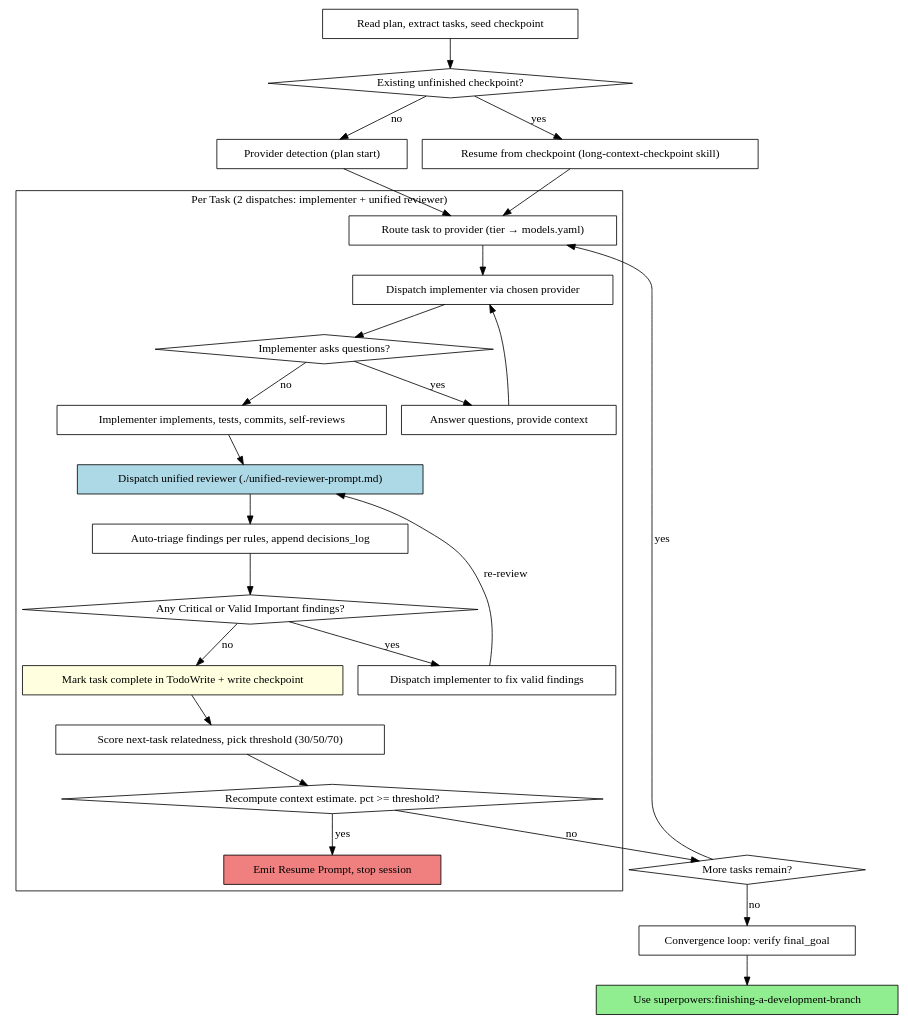
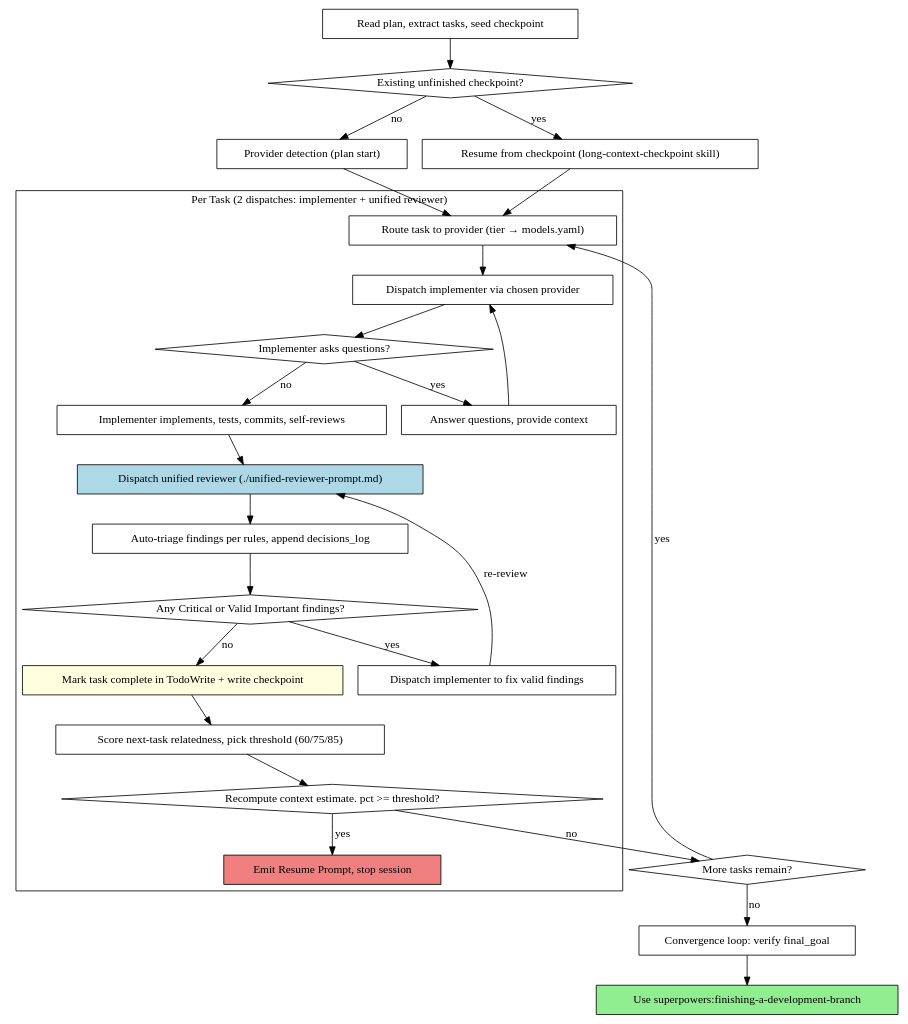
The second of 2 diagrams in skills/subagent-driven-development/SKILL.md (bmax121/superpowers), drawn with Graphviz before and after one commit. The commit also changed other lines of this file and 2 other files, not shown here.

First line of the commit message:
fix(long-context-checkpoint): stop over-reporting context pct and pausing every task

````diff
--- a/skills/subagent-driven-development/SKILL.md
+++ b/skills/subagent-driven-development/SKILL.md
@@ -44,55 +44,55 @@
 ```dot
 digraph process {
     rankdir=TB;
 
     subgraph cluster_per_task {
         label="Per Task (2 dispatches: implementer + unified reviewer)";
         "Route task to provider (tier → models.yaml)" [shape=box];
         "Dispatch implementer via chosen provider" [shape=box];
         "Implementer asks questions?" [shape=diamond];
         "Answer questions, provide context" [shape=box];
         "Implementer implements, tests, commits, self-reviews" [shape=box];
         "Dispatch unified reviewer (./unified-reviewer-prompt.md)" [shape=box style=filled fillcolor=lightblue];
         "Auto-triage findings per rules, append decisions_log" [shape=box];
         "Any Critical or Valid Important findings?" [shape=diamond];
         "Dispatch implementer to fix valid findings" [shape=box];
 
         "Mark task complete in TodoWrite + write checkpoint" [shape=box style=filled fillcolor=lightyellow];
-        "Score next-task relatedness, pick threshold (30/50/70)" [shape=box];
+        "Score next-task relatedness, pick threshold (60/75/85)" [shape=box];
         "Recompute context estimate. pct >= threshold?" [shape=diamond];
         "Emit Resume Prompt, stop session" [shape=box style=filled fillcolor=lightcoral];
     }
 
     "Provider detection (plan start)" [shape=box];
     "Read plan, extract tasks, seed checkpoint" [shape=box];
     "Existing unfinished checkpoint?" [shape=diamond];
     "Resume from checkpoint (long-context-checkpoint skill)" [shape=box];
     "More tasks remain?" [shape=diamond];
     "Convergence loop: verify final_goal" [shape=box];
     "Use superpowers:finishing-a-development-branch" [shape=box style=filled fillcolor=lightgreen];
 
     "Read plan, extract tasks, seed checkpoint" -> "Existing unfinished checkpoint?";
     "Existing unfinished checkpoint?" -> "Resume from checkpoint (long-context-checkpoint skill)" [label="yes"];
     "Existing unfinished checkpoint?" -> "Provider detection (plan start)" [label="no"];
     "Resume from checkpoint (long-context-checkpoint skill)" -> "Route task to provider (tier → models.yaml)";
     "Provider detection (plan start)" -> "Route task to provider (tier → models.yaml)";
     "Route task to provider (tier → models.yaml)" -> "Dispatch implementer via chosen provider";
     "Dispatch implementer via chosen provider" -> "Implementer asks questions?";
     "Implementer asks questions?" -> "Answer questions, provide context" [label="yes"];
     "Answer questions, provide context" -> "Dispatch implementer via chosen provider";
     "Implementer asks questions?" -> "Implementer implements, tests, commits, self-reviews" [label="no"];
     "Implementer implements, tests, commits, self-reviews" -> "Dispatch unified reviewer (./unified-reviewer-prompt.md)";
     "Dispatch unified reviewer (./unified-reviewer-prompt.md)" -> "Auto-triage findings per rules, append decisions_log";
     "Auto-triage findings per rules, append decisions_log" -> "Any Critical or Valid Important findings?";
     "Any Critical or Valid Important findings?" -> "Dispatch implementer to fix valid findings" [label="yes"];
     "Any Critical or Valid Important findings?" -> "Mark task complete in TodoWrite + write checkpoint" [label="no"];
     "Dispatch implementer to fix valid findings" -> "Dispatch unified reviewer (./unified-reviewer-prompt.md)" [label="re-review"];
-    "Mark task complete in TodoWrite + write checkpoint" -> "Score next-task relatedness, pick threshold (30/50/70)";
-    "Score next-task relatedness, pick threshold (30/50/70)" -> "Recompute context estimate. pct >= threshold?";
+    "Mark task complete in TodoWrite + write checkpoint" -> "Score next-task relatedness, pick threshold (60/75/85)";
+    "Score next-task relatedness, pick threshold (60/75/85)" -> "Recompute context estimate. pct >= threshold?";
     "Recompute context estimate. pct >= threshold?" -> "Emit Resume Prompt, stop session" [label="yes"];
     "Recompute context estimate. pct >= threshold?" -> "More tasks remain?" [label="no"];
     "More tasks remain?" -> "Route task to provider (tier → models.yaml)" [label="yes"];
     "More tasks remain?" -> "Convergence loop: verify final_goal" [label="no"];
     "Convergence loop: verify final_goal" -> "Use superpowers:finishing-a-development-branch";
 }
 ```
````
